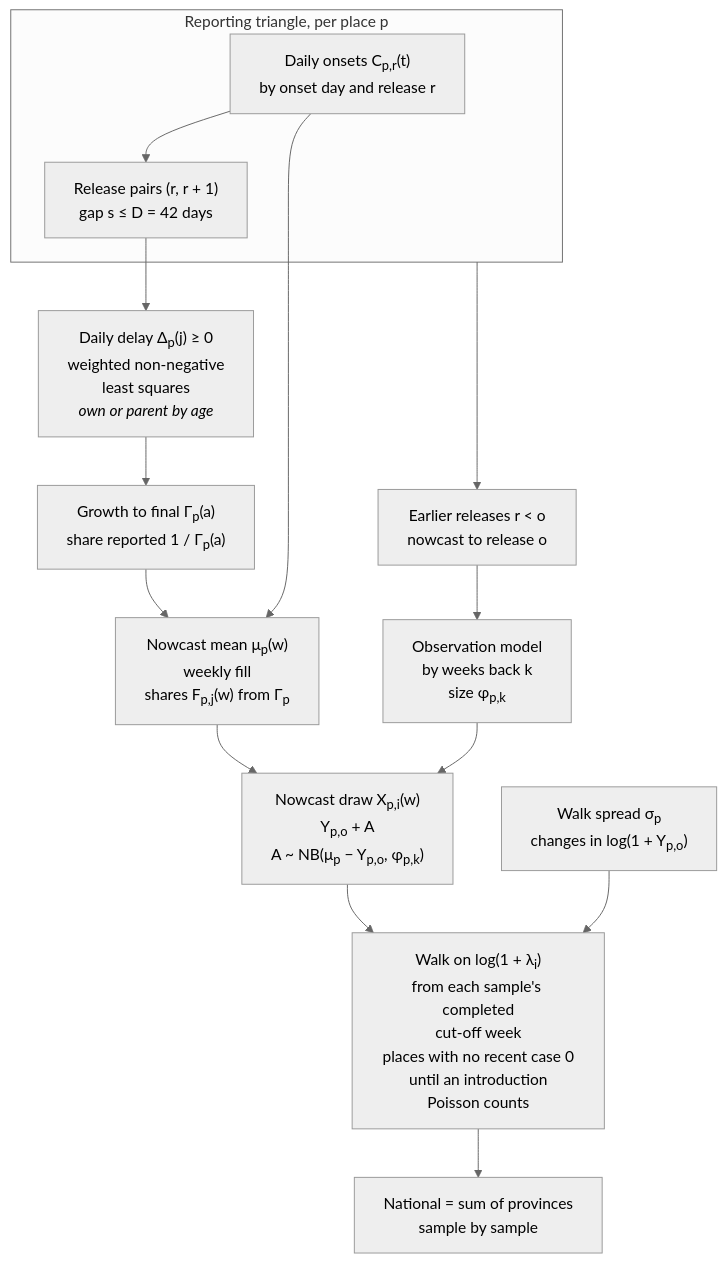
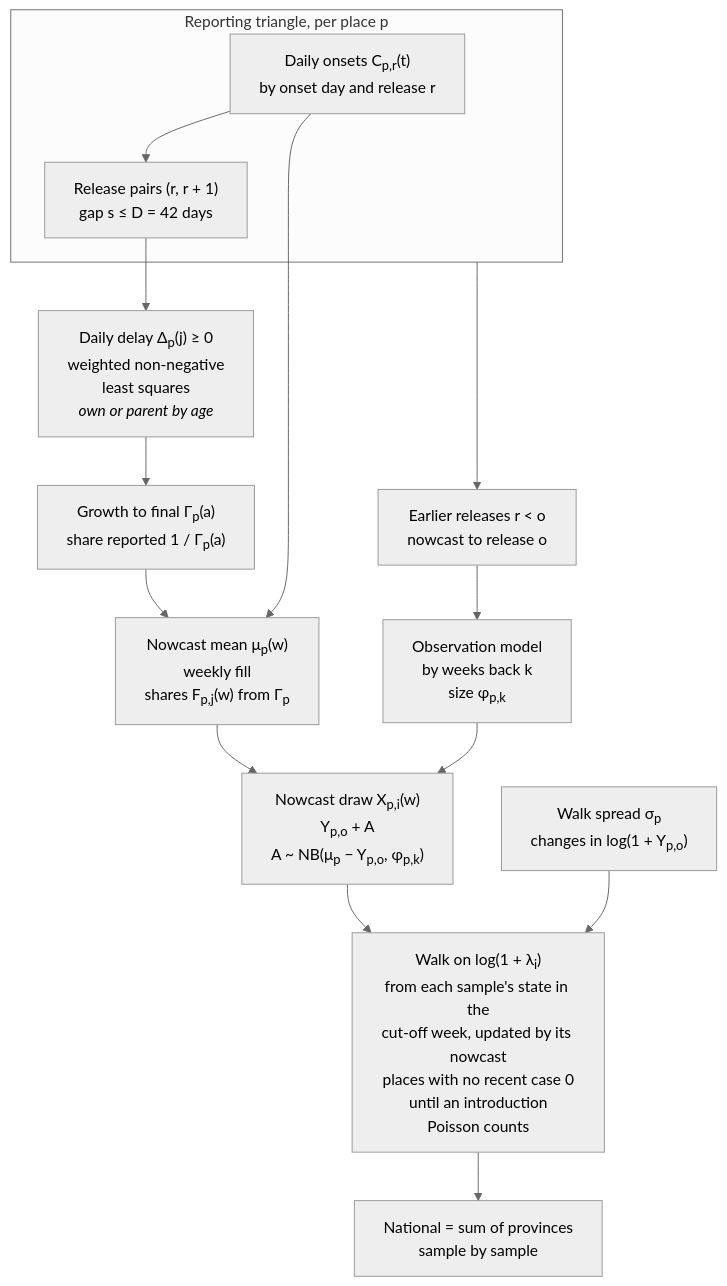
The first of 2 diagrams in docs/methods/baselines.md (seabbs/BDBVHubRenewal), drawn with Mermaid (neutral theme) before and after one commit. The commit also changed other lines of this file, not shown here.

Commit message:
docs: describe the precision-weighted update of the cut-off week

````diff
--- a/docs/methods/baselines.md
+++ b/docs/methods/baselines.md
@@ -27,29 +27,29 @@
 ```mermaid
 flowchart TD
     subgraph TRI["Reporting triangle, per place p"]
         SNAP["Daily onsets C<sub>p,r</sub>(t)<br/>by onset day and release r"]
         PAIR["Release pairs (r, r + 1)<br/>gap s ≤ D = 42 days"]
     end
     DEL["Daily delay Δ<sub>p</sub>(j) ≥ 0<br/>weighted non-negative<br/>least squares<br/><i>own or parent by age</i>"]
     G["Growth to final Γ<sub>p</sub>(a)<br/>share reported 1 / Γ<sub>p</sub>(a)"]
     MU["Nowcast mean μ<sub>p</sub>(w)<br/>weekly fill<br/>shares F<sub>p,j</sub>(w) from Γ<sub>p</sub>"]
     RETRO["Earlier releases r &lt; o<br/>nowcast to release o"]
     OBS["Observation model<br/>by weeks back k<br/>size φ<sub>p,k</sub>"]
     X["Nowcast draw X<sub>p,i</sub>(w)<br/>Y<sub>p,o</sub> + A<br/>A ~ NB(μ<sub>p</sub> − Y<sub>p,o</sub>, φ<sub>p,k</sub>)"]
     SIG["Walk spread σ<sub>p</sub><br/>changes in log(1 + Y<sub>p,o</sub>)"]
-    W["Walk on log(1 + λ<sub>i</sub>)<br/>from each sample's completed<br/>cut-off week<br/>places with no recent case 0<br/>until an introduction<br/>Poisson counts"]
+    W["Walk on log(1 + λ<sub>i</sub>)<br/>from each sample's state in the<br/>cut-off week, updated by its nowcast<br/>places with no recent case 0<br/>until an introduction<br/>Poisson counts"]
     NAT["National = sum of provinces<br/>sample by sample"]
 
     SNAP --> PAIR
     PAIR --> DEL
     DEL --> G
     G --> MU
     SNAP --> MU
     TRI --> RETRO
     RETRO --> OBS
     MU --> X
     OBS --> X
     X --> W
     SIG --> W
     W --> NAT
 ```
````
